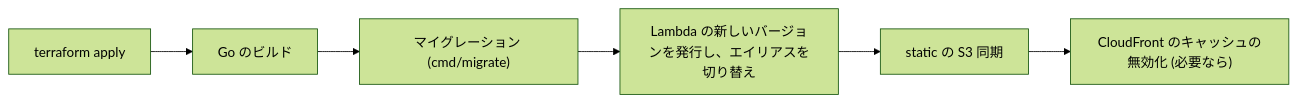
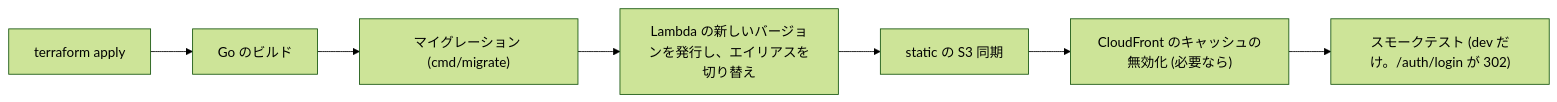
One commit to Inouey1008/family-video changed the third of 3 diagrams in docs/architecture.md. Above: the diagram before and after it, drawn with Mermaid (forest theme). The commit also changed other lines of this file and 11 other files, not shown here.

````diff
--- a/docs/architecture.md
+++ b/docs/architecture.md
@@ -97,8 +100,9 @@
 ```mermaid
 flowchart LR
   A["terraform apply"] --> B["Go のビルド"]
   B --> M["マイグレーション (cmd/migrate)"]
   M --> L["Lambda の新しいバージョンを発行し、エイリアスを切り替え"]
   L --> S["static の S3 同期"]
   S --> I["CloudFront のキャッシュの無効化 (必要なら)"]
+  I --> T["スモークテスト (dev だけ。/auth/login が 302)"]
 ```
````
